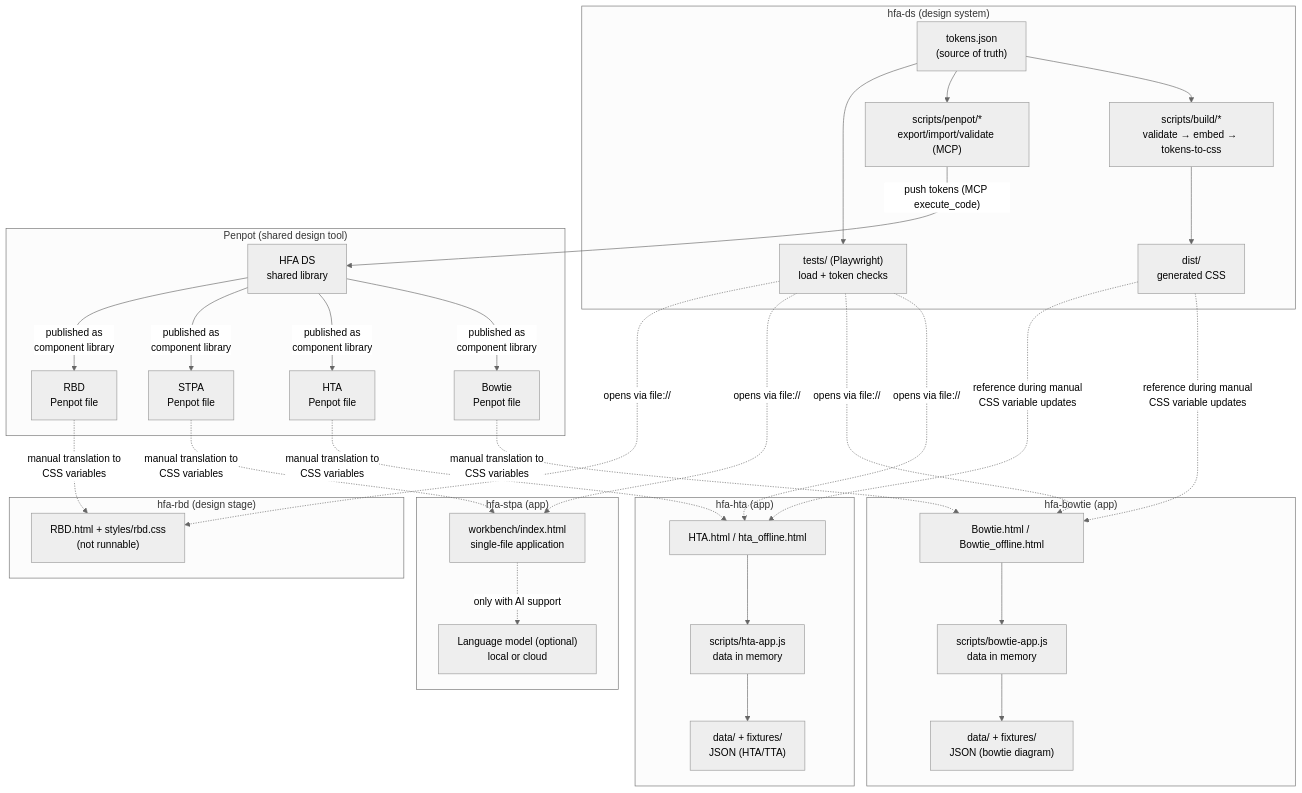
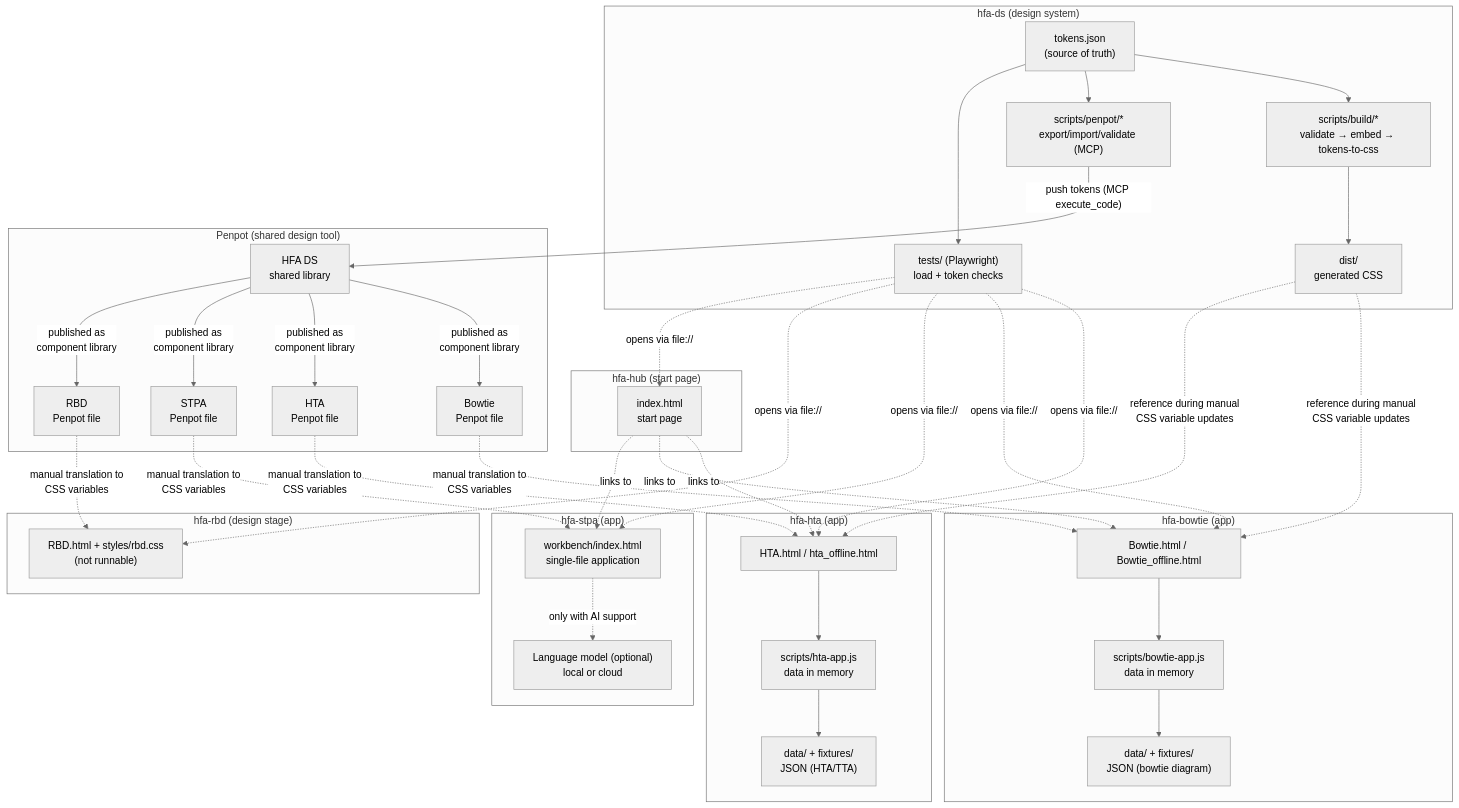
The first of 3 diagrams in docs/ARCHITECTURE.md (larswpettersson/hfa-ds), drawn with Mermaid (neutral theme) before and after one commit. The commit also changed other lines of this file and 5 other files, not shown here.

First line of the commit message:
Add HFA Hub to CI and the documentation

````diff
--- a/docs/ARCHITECTURE.md
+++ b/docs/ARCHITECTURE.md
@@ -67,64 +70,73 @@
 ```mermaid
 flowchart TB
     subgraph DS["hfa-ds (design system)"]
         tokens["tokens.json<br/>(source of truth)"]
         buildScripts["scripts/build/*<br/>validate → embed → tokens-to-css"]
         penpotScripts["scripts/penpot/*<br/>export/import/validate (MCP)"]
         dist["dist/<br/>generated CSS"]
         tests["tests/ (Playwright)<br/>load + token checks"]
         tokens --> buildScripts --> dist
         tokens --> penpotScripts
         tokens --> tests
     end
 
     subgraph Penpot["Penpot (shared design tool)"]
         masterLib["HFA DS<br/>shared library"]
         bowtieFile["Bowtie<br/>Penpot file"]
         htaFile["HTA<br/>Penpot file"]
         stpaFile["STPA<br/>Penpot file"]
         rbdFile["RBD<br/>Penpot file"]
     end
 
     subgraph HTA["hfa-hta (app)"]
         htaHtml["HTA.html / hta_offline.html"]
         htaApp["scripts/hta-app.js<br/>data in memory"]
         htaData["data/ + fixtures/<br/>JSON (HTA/TTA)"]
         htaHtml --> htaApp --> htaData
     end
 
     subgraph Bowtie["hfa-bowtie (app)"]
         bowtieHtml["Bowtie.html / Bowtie_offline.html"]
         bowtieApp["scripts/bowtie-app.js<br/>data in memory"]
         bowtieData["data/ + fixtures/<br/>JSON (bowtie diagram)"]
         bowtieHtml --> bowtieApp --> bowtieData
     end
 
     subgraph STPA["hfa-stpa (app)"]
         wb["workbench/index.html<br/>single-file application"]
         llm["Language model (optional)<br/>local or cloud"]
         wb -. "only with AI support" .-> llm
     end
 
+    subgraph HUB["hfa-hub (start page)"]
+        hubHtml["index.html<br/>start page"]
+    end
+
     subgraph RBD["hfa-rbd (design stage)"]
         rbdHtml["RBD.html + styles/rbd.css<br/>(not runnable)"]
     end
 
     penpotScripts -- "push tokens (MCP execute_code)" --> masterLib
     masterLib -- "published as<br/>component library" --> bowtieFile
     masterLib -- "published as<br/>component library" --> htaFile
     masterLib -- "published as<br/>component library" --> stpaFile
     masterLib -- "published as<br/>component library" --> rbdFile
 
     bowtieFile -. "manual translation to<br/>CSS variables" .-> bowtieHtml
     htaFile -. "manual translation to<br/>CSS variables" .-> htaHtml
     stpaFile -. "manual translation to<br/>CSS variables" .-> wb
     rbdFile -. "manual translation to<br/>CSS variables" .-> rbdHtml
 
     dist -. "reference during manual<br/>CSS variable updates" .-> bowtieHtml
     dist -. "reference during manual<br/>CSS variable updates" .-> htaHtml
 
     tests -. "opens via file://" .-> htaHtml
     tests -. "opens via file://" .-> bowtieHtml
     tests -. "opens via file://" .-> wb
     tests -. "opens via file://" .-> rbdHtml
+    tests -. "opens via file://" .-> hubHtml
+
+    hubHtml -. "links to" .-> htaHtml
+    hubHtml -. "links to" .-> bowtieHtml
+    hubHtml -. "links to" .-> wb
 ```
````
